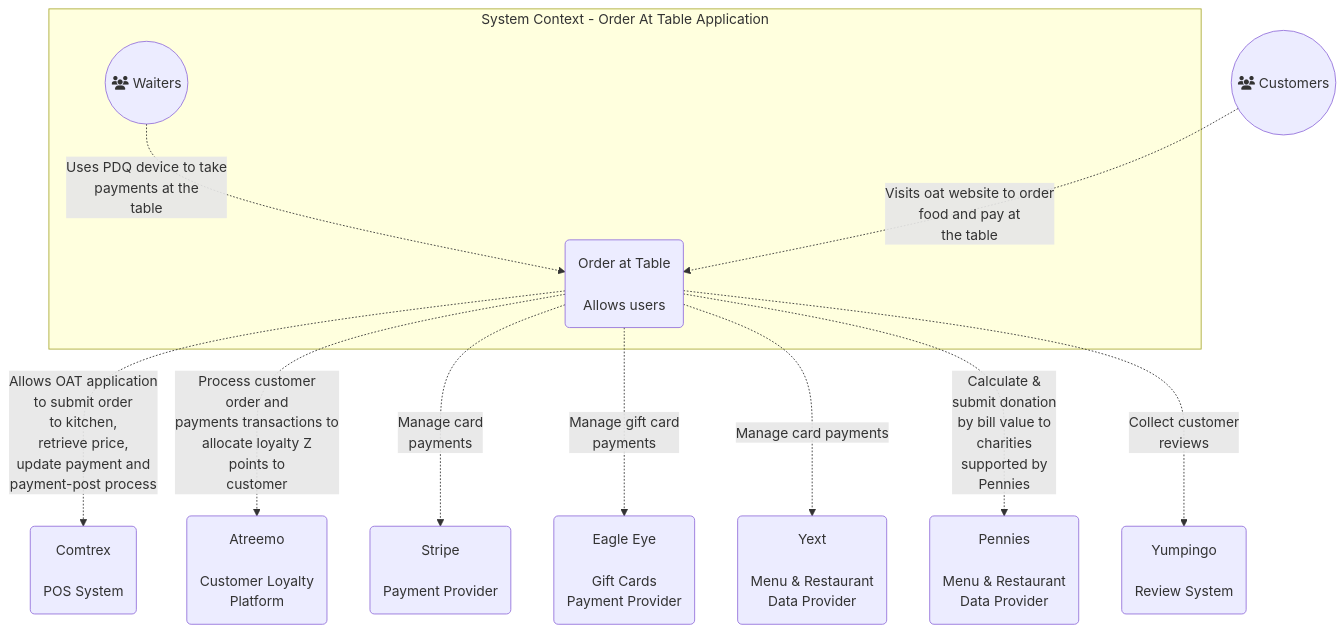
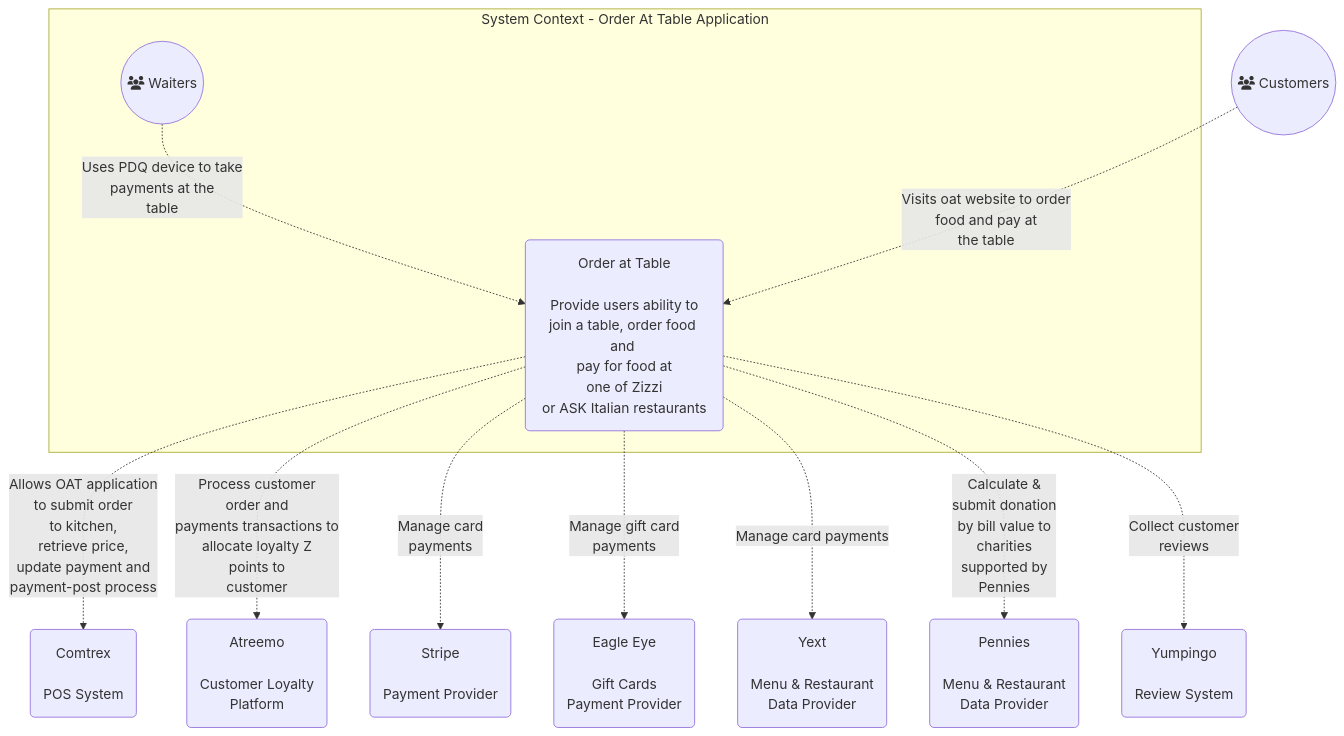
Before and after one commit to anandakumarpalanisamy/css-recipes: the first of 5 diagrams in README.md, drawn with Mermaid.

````diff
--- a/README.md
+++ b/README.md
@@ -3,16 +3,16 @@
 ```mermaid
 %%{init: {'theme':'base','themeVariables': { 'lineColor': '#ffffff', }}}%%
 graph TB
     subgraph SystemContext [System Context - Order At Table Application]
-    Waiter((fa:fa-users Waiters)) -. "Uses PDQ device to take<br/>payments at the<br/>table" .-> OAT(Order at Table<br/><br/>Allows users)
+    Waiter((fa:fa-users Waiters)) -. "Uses PDQ device to take<br/>payments at the<br/>table" .-> OAT(Order at Table<br/><br/>Provide users ability to<br/>join a table, order food and <br/>pay for food at<br/>one of Zizzi<br/>or ASK Italian restaurants )
     end
 
     Customer((fa:fa-users Customers)) -. "Visits oat website to order<br/>food and pay at<br/> the table" .-> OAT
     OAT -. "Allows OAT application<br/> to submit order<br/> to kitchen,<br/> retrieve price,<br/> update payment and<br/> payment-post process" .-> Comtrex(Comtrex<br/></br/>POS System)
     OAT-. "Process customer<br/> order and<br/> payments transactions to<br/> allocate loyalty Z<br/> points to<br/> customer" .-> Atreemo(Atreemo <br/><br/> Customer Loyalty <br/> Platform)
     OAT -. "Manage card<br/> payments" .-> Stripe(Stripe <br/><br/> Payment Provider)
     OAT -. "Manage gift card<br/> payments" .-> EagleEye(Eagle Eye <br/><br/> Gift Cards<br/> Payment Provider)
     OAT -. "Manage card payments" .-> Yext(Yext <br/><br/> Menu & Restaurant<br> Data Provider)
     OAT -. "Calculate &<br/> submit donation<br/> by bill value to<br/> charities<br/> supported by<br/> Pennies" .-> Pennies(Pennies <br/><br/> Menu & Restaurant<br> Data Provider)
     OAT -. "Collect customer<br/> reviews" .-> Yumpingo(Yumpingo <br/><br/> Review System)
 ```
````
